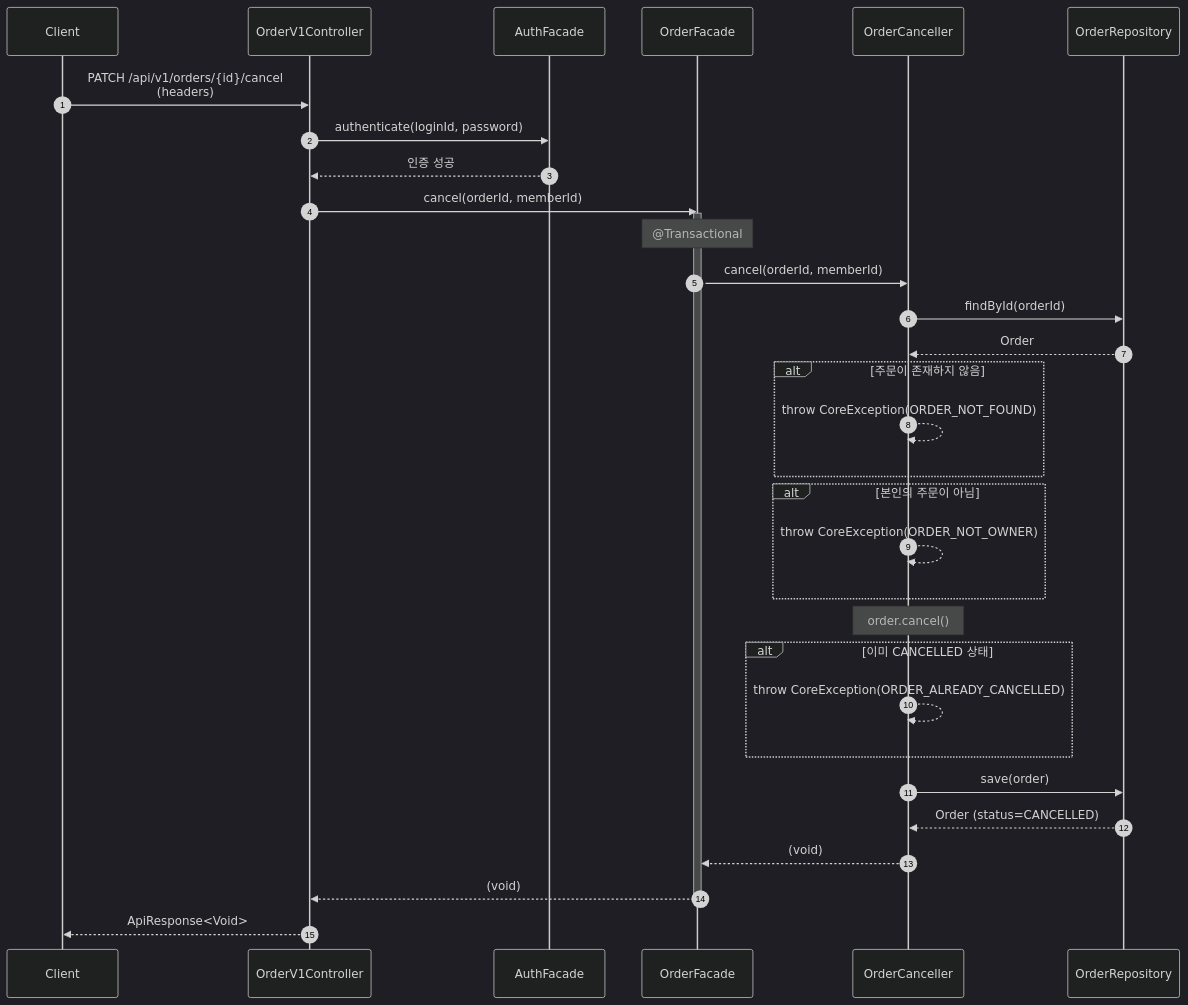
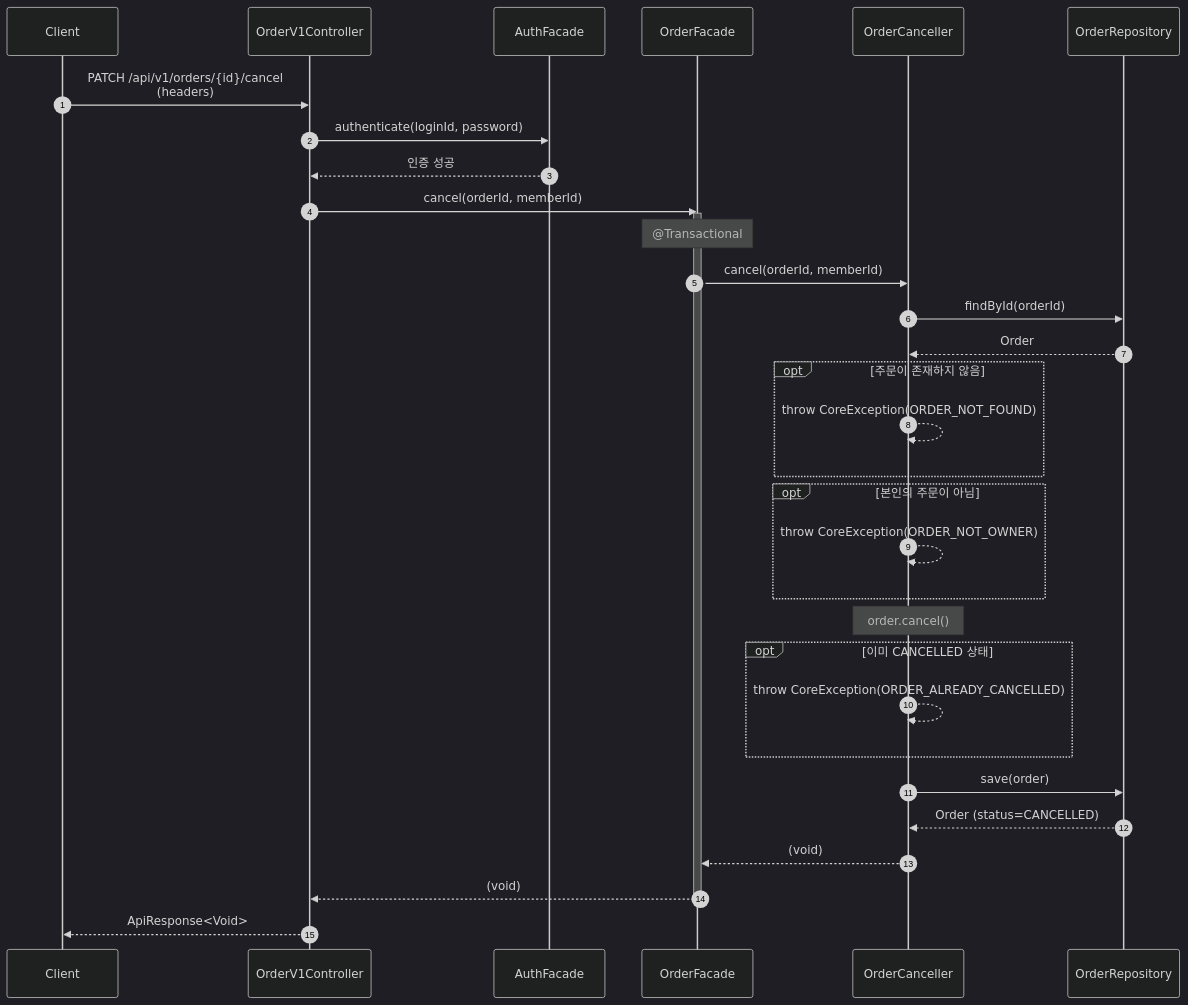
Before and after one commit to Loopers-dev-lab/loop-pack-be-l2-vol3-kotlin: the ninth of 9 diagrams in .docs/design/02-sequence-diagrams.md, drawn with Mermaid (dark theme). The commit also changed other lines of this file and 1 other file, not shown here.

First line of the commit message:
docs(design): UML 표준 준수를 위한 다이어그램 표기법 수정

````diff
--- a/.docs/design/02-sequence-diagrams.md
+++ b/.docs/design/02-sequence-diagrams.md
@@ -451,47 +451,47 @@
 ```mermaid
 sequenceDiagram
     autonumber
     participant Client
     participant Controller as OrderV1Controller
     participant AuthFacade as AuthFacade
     participant Facade as OrderFacade
     participant Canceller as OrderCanceller
     participant Repository as OrderRepository
 
     Client->>Controller: PATCH /api/v1/orders/{id}/cancel<br/>(headers)
     Controller->>AuthFacade: authenticate(loginId, password)
     AuthFacade-->>Controller: 인증 성공
 
     Controller->>Facade: cancel(orderId, memberId)
     activate Facade
 
     Note over Facade: @Transactional
 
     Facade->>Canceller: cancel(orderId, memberId)
 
     Canceller->>Repository: findById(orderId)
     Repository-->>Canceller: Order
 
-    alt 주문이 존재하지 않음
+    opt 주문이 존재하지 않음
         Canceller-->>Canceller: throw CoreException(ORDER_NOT_FOUND)
     end
 
-    alt 본인의 주문이 아님
+    opt 본인의 주문이 아님
         Canceller-->>Canceller: throw CoreException(ORDER_NOT_OWNER)
     end
 
     Note over Canceller: order.cancel()
 
-    alt 이미 CANCELLED 상태
+    opt 이미 CANCELLED 상태
         Canceller-->>Canceller: throw CoreException(ORDER_ALREADY_CANCELLED)
     end
 
     Canceller->>Repository: save(order)
     Repository-->>Canceller: Order (status=CANCELLED)
     Canceller-->>Facade: (void)
 
     Facade-->>Controller: (void)
     deactivate Facade
 
     Controller-->>Client: ApiResponse<Void>
 ```
````
